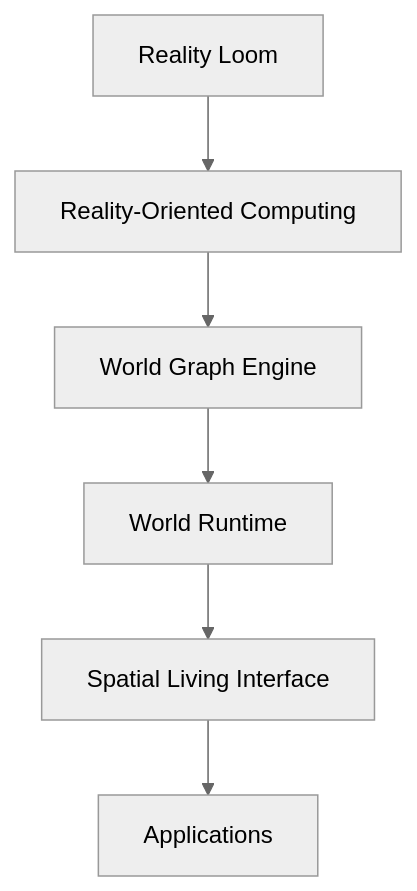
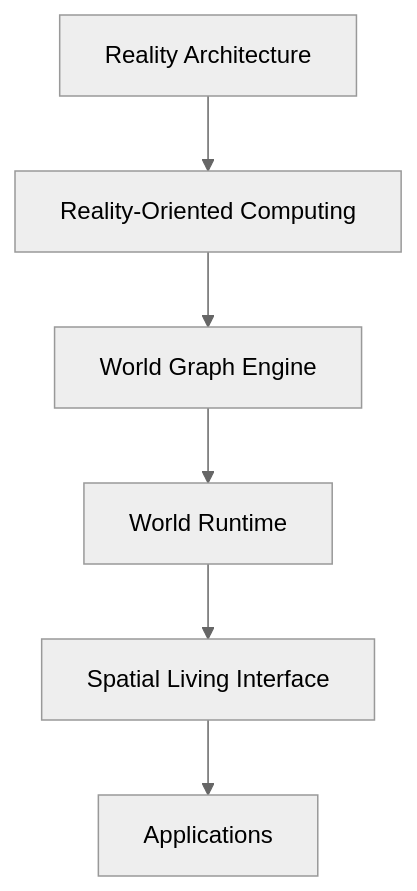
One commit to Architech-Forge/reality_loom changed the first of 5 diagrams in ARCHITECTURE.md. Above: the diagram before and after it, drawn with Mermaid (neutral theme). The commit also changed other lines of this file and 51 other files, not shown here.

First line of the commit message:
Rename Reality Loom to Reality Architecture

````diff
--- a/ARCHITECTURE.md
+++ b/ARCHITECTURE.md
@@ -5,8 +5,8 @@
 ```mermaid
 flowchart TD
-  RL[Reality Loom] --> ROC[Reality-Oriented Computing]
+  RL[Reality Architecture] --> ROC[Reality-Oriented Computing]
   ROC --> WGE[World Graph Engine]
   WGE --> WR[World Runtime]
   WR --> SLI[Spatial Living Interface]
   SLI --> APPS[Applications]
 ```
````
